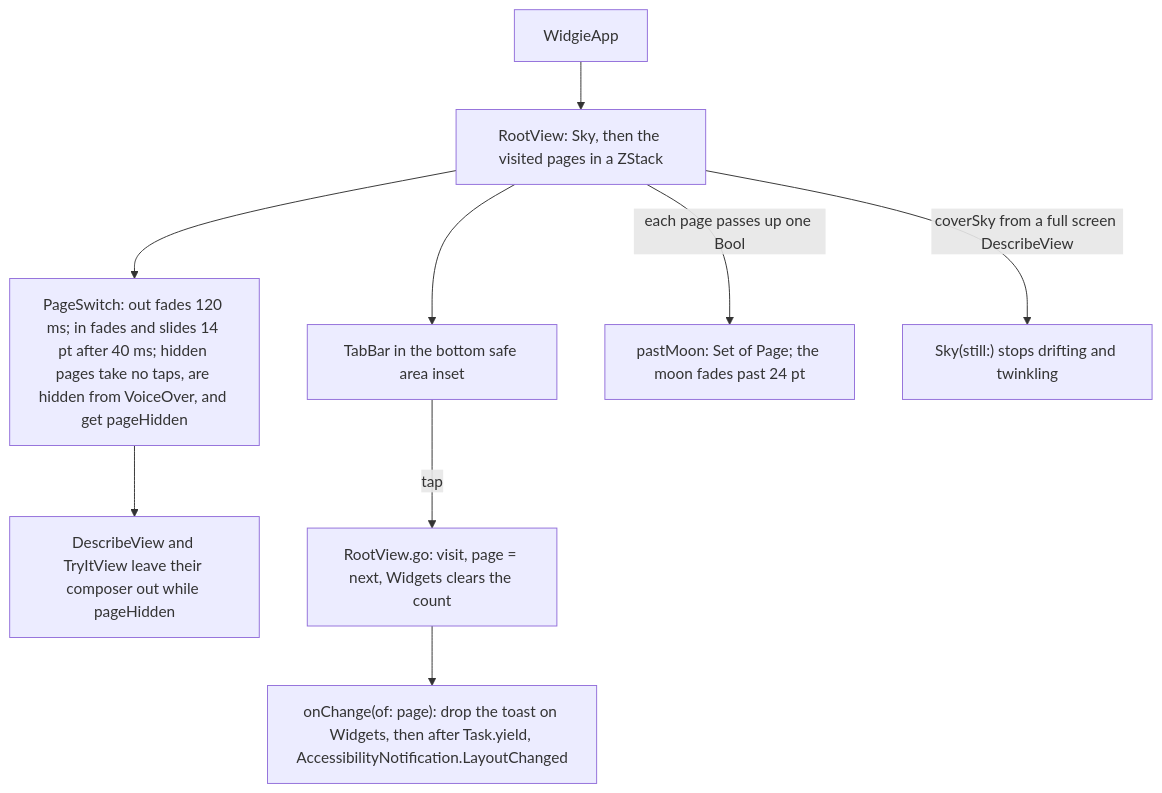
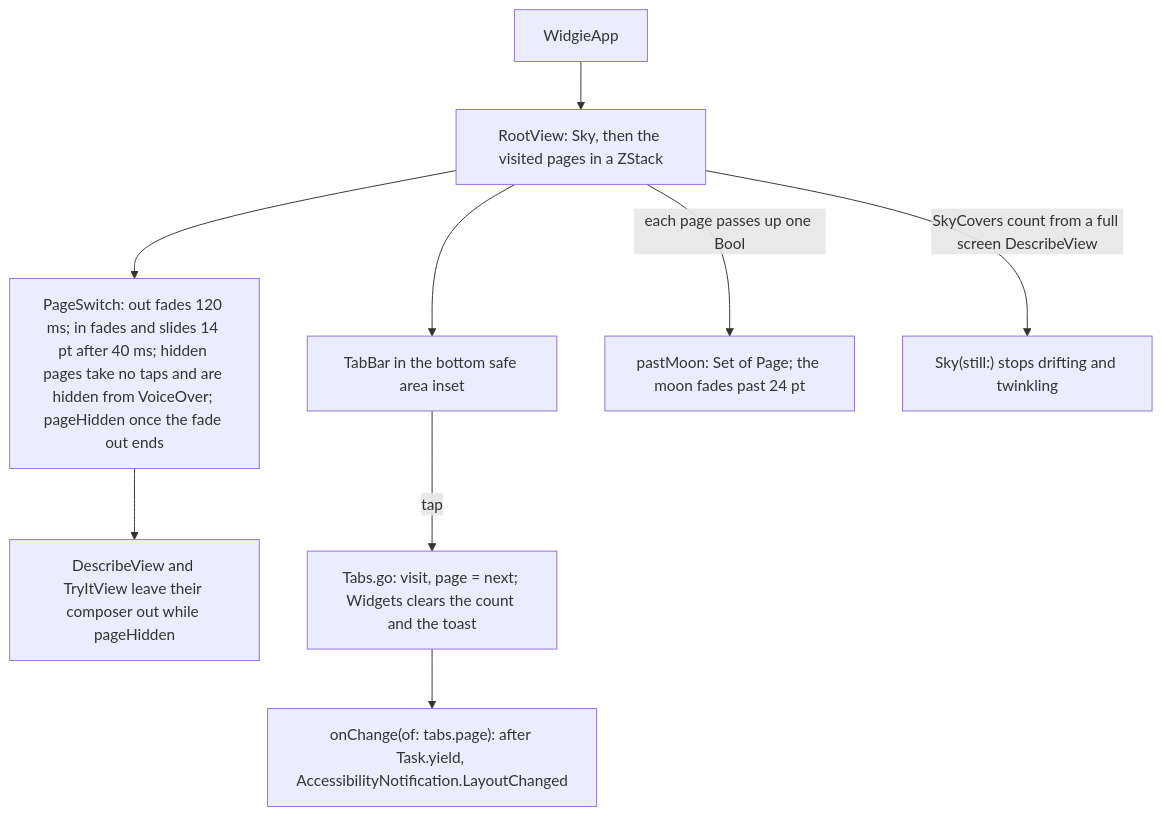
One commit to Krutik460/Widgie changed the first of 4 diagrams in docs/pr/17-app-shell-u1b.md. Above: the diagram before and after it, drawn with Mermaid. The commit also changed other lines of this file and 11 other files, not shown here.

````diff
--- a/docs/pr/17-app-shell-u1b.md
+++ b/docs/pr/17-app-shell-u1b.md
@@ -17,11 +17,11 @@
 ```mermaid
 flowchart TD
   APP["WidgieApp"] --> ROOT["RootView: Sky, then the visited pages in a ZStack"]
-  ROOT --> SWITCH["PageSwitch: out fades 120 ms; in fades and slides 14 pt after 40 ms; hidden pages take no taps, are hidden from VoiceOver, and get pageHidden"]
+  ROOT --> SWITCH["PageSwitch: out fades 120 ms; in fades and slides 14 pt after 40 ms; hidden pages take no taps and are hidden from VoiceOver; pageHidden once the fade out ends"]
   SWITCH --> HIDE["DescribeView and TryItView leave their composer out while pageHidden"]
   ROOT --> BAR["TabBar in the bottom safe area inset"]
-  BAR -->|"tap"| GO["RootView.go: visit, page = next, Widgets clears the count"]
-  GO --> CHANGE["onChange(of: page): drop the toast on Widgets, then after Task.yield, AccessibilityNotification.LayoutChanged"]
+  BAR -->|"tap"| GO["Tabs.go: visit, page = next; Widgets clears the count and the toast"]
+  GO --> CHANGE["onChange(of: tabs.page): after Task.yield, AccessibilityNotification.LayoutChanged"]
   ROOT -->|"each page passes up one Bool"| MOON["pastMoon: Set of Page; the moon fades past 24 pt"]
-  ROOT -->|"coverSky from a full screen DescribeView"| STILL["Sky(still:) stops drifting and twinkling"]
+  ROOT -->|"SkyCovers count from a full screen DescribeView"| STILL["Sky(still:) stops drifting and twinkling"]
 ```
````
